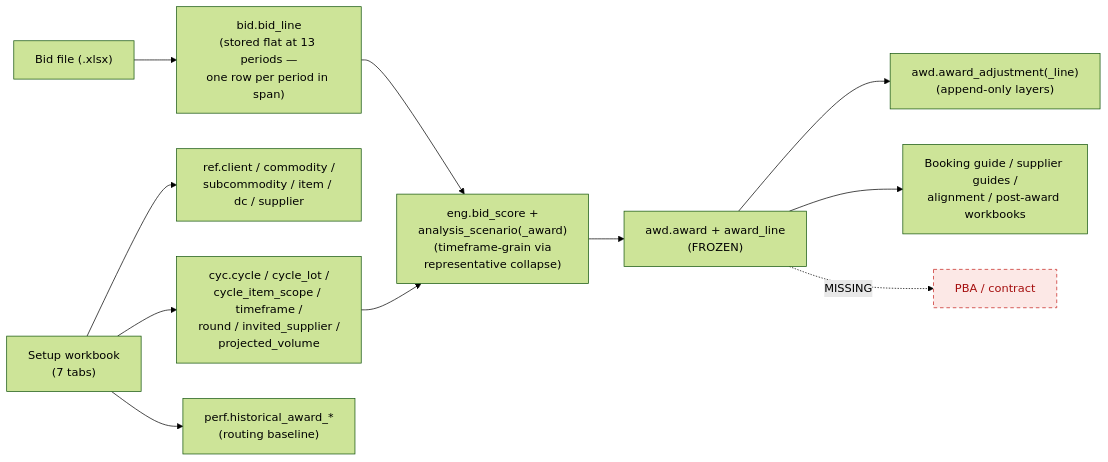
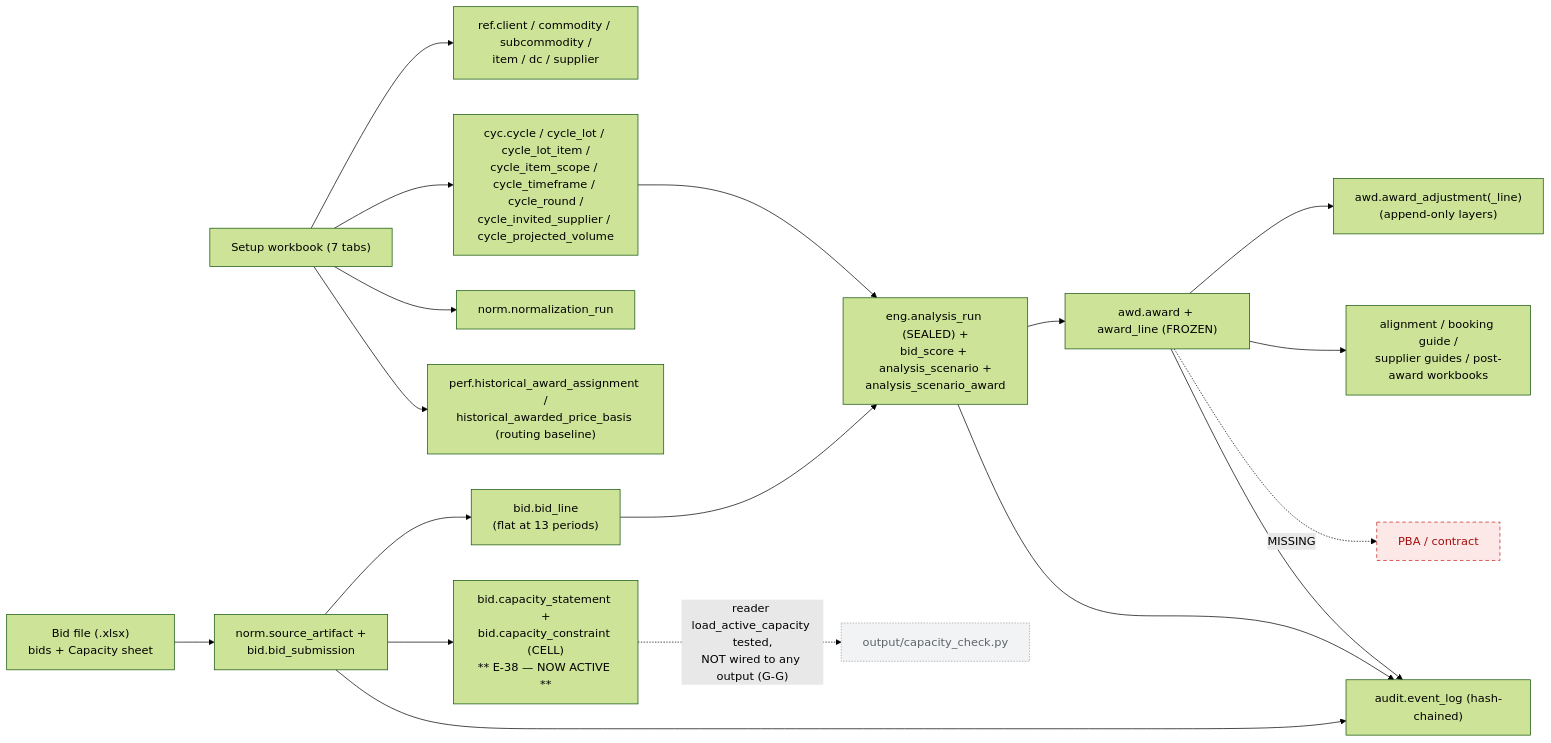
Before and after one commit to eddgue/KR_RFP: the second of 2 diagrams in project/07_AS_BUILT_PROCESS_AUDIT.md, drawn with Mermaid (forest theme). The commit also changed other lines of this file and 1 other file, not shown here.

````diff
--- a/project/07_AS_BUILT_PROCESS_AUDIT.md
+++ b/project/07_AS_BUILT_PROCESS_AUDIT.md
@@ -141,14 +144,22 @@
 ```mermaid
 flowchart LR
     classDef missing fill:#fce8e6,stroke:#c5221f,color:#a50e0e,stroke-dasharray:5 4;
-    SW["Setup workbook<br/>(7 tabs)"] --> REF["ref.client / commodity /<br/>subcommodity / item / dc / supplier"]
-    SW --> CYC["cyc.cycle / cycle_lot /<br/>cycle_item_scope / timeframe /<br/>round / invited_supplier /<br/>projected_volume"]
-    SW --> PERF["perf.historical_award_*<br/>(routing baseline)"]
-    BF["Bid file (.xlsx)"] --> BL["bid.bid_line<br/>(stored flat at 13 periods —<br/>one row per period in span)"]
-    BL --> ENG["eng.bid_score +<br/>analysis_scenario(_award)<br/>(timeframe-grain via<br/>representative collapse)"]
+    classDef dormant fill:#f1f3f4,stroke:#9aa0a6,color:#5f6368,stroke-dasharray:2 2;
+    SW["Setup workbook (7 tabs)"] --> REF["ref.client / commodity / subcommodity /<br/>item / dc / supplier"]
+    SW --> CYC["cyc.cycle / cycle_lot / cycle_lot_item /<br/>cycle_item_scope / cycle_timeframe / cycle_round /<br/>cycle_invited_supplier / cycle_projected_volume"]
+    SW --> NRUN["norm.normalization_run"]
+    SW --> PERF["perf.historical_award_assignment /<br/>historical_awarded_price_basis (routing baseline)"]
+    BF["Bid file (.xlsx)<br/>bids + Capacity sheet"] --> ART["norm.source_artifact +<br/>bid.bid_submission"]
+    ART --> BL["bid.bid_line<br/>(flat at 13 periods)"]
+    ART --> CAP["bid.capacity_statement +<br/>bid.capacity_constraint (CELL)<br/>** E-38 — NOW ACTIVE **"]
+    BL --> ENG["eng.analysis_run (SEALED) +<br/>bid_score + analysis_scenario +<br/>analysis_scenario_award"]
     CYC --> ENG
-    ENG --> AWD["awd.award + award_line<br/>(FROZEN)"]
+    ENG --> AWD["awd.award + award_line (FROZEN)"]
     AWD --> ADJ["awd.award_adjustment(_line)<br/>(append-only layers)"]
-    AWD --> OUT["Booking guide / supplier guides /<br/>alignment / post-award workbooks"]
+    AWD --> OUT["alignment / booking guide /<br/>supplier guides / post-award workbooks"]
+    CAP -. "reader load_active_capacity tested,<br/>NOT wired to any output (G-G)" .-> CK["output/capacity_check.py"]:::dormant
+    ART --> AUD["audit.event_log (hash-chained)"]
+    ENG --> AUD
+    AWD --> AUD
     AWD -. "MISSING" .-> CON["PBA / contract"]:::missing
 ```
````
